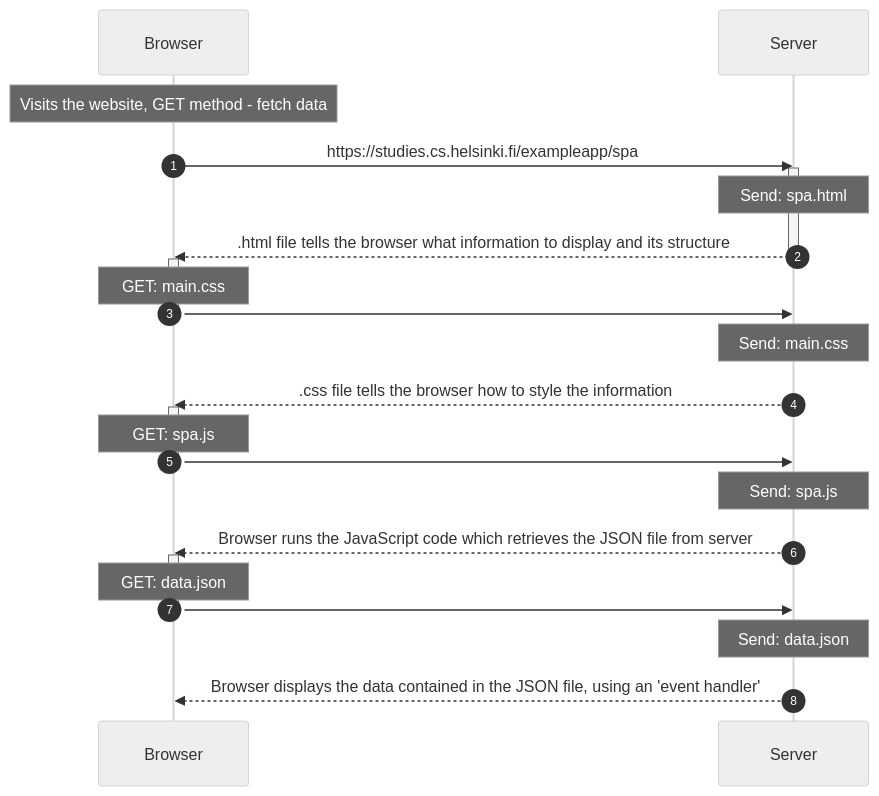
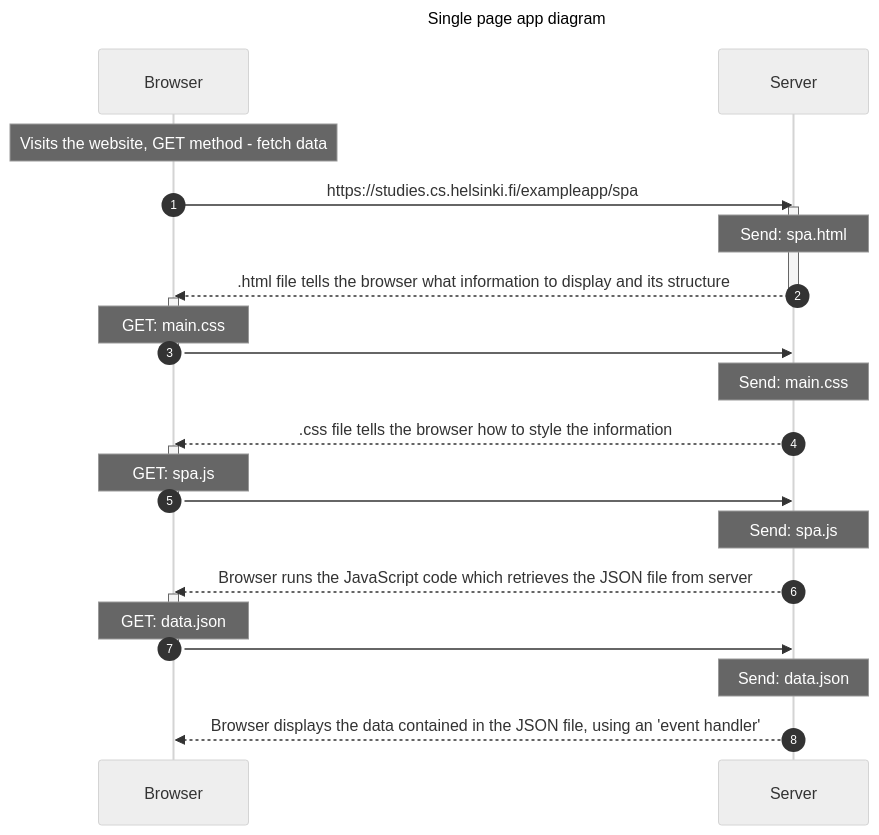
Before and after one commit to Bitlaw/fullstackopen-submissions-repository: the diagram in part0/single-page-app-diagram.mmd, drawn with Mermaid (neutral theme).

```diff
--- a/part0/single-page-app-diagram.mmd
+++ b/part0/single-page-app-diagram.mmd
@@ -1,33 +1,36 @@
+---
+title: Single page app diagram
+---
 
 sequenceDiagram
 
     autonumber
 
     Note over Browser:  Visits the website, GET method - fetch data
     Browser->>Server: https://studies.cs.helsinki.fi/exampleapp/spa
 
     activate Server
     Note over Server: Send: spa.html
     Server-->>Browser: .html file tells the browser what information to display and its structure
     deactivate Server
 
     activate Browser 
     Note over Browser: GET: main.css 
     Browser->>Server: 
     deactivate Browser 
     Note over Server: Send: main.css 
     Server-->>Browser: .css file tells the browser how to style the information
 
     activate Browser 
     Note over Browser: GET: spa.js 
     Browser->>Server: 
     deactivate Browser 
     Note over Server: Send: spa.js 
     Server-->>Browser: Browser runs the JavaScript code which retrieves the JSON file from server
 
     activate Browser 
     Note over Browser: GET: data.json 
     Browser->>Server: 
     deactivate Browser 
     Note over Server: Send: data.json
     Server-->>Browser: Browser displays the data contained in the JSON file, using an 'event handler'
```
